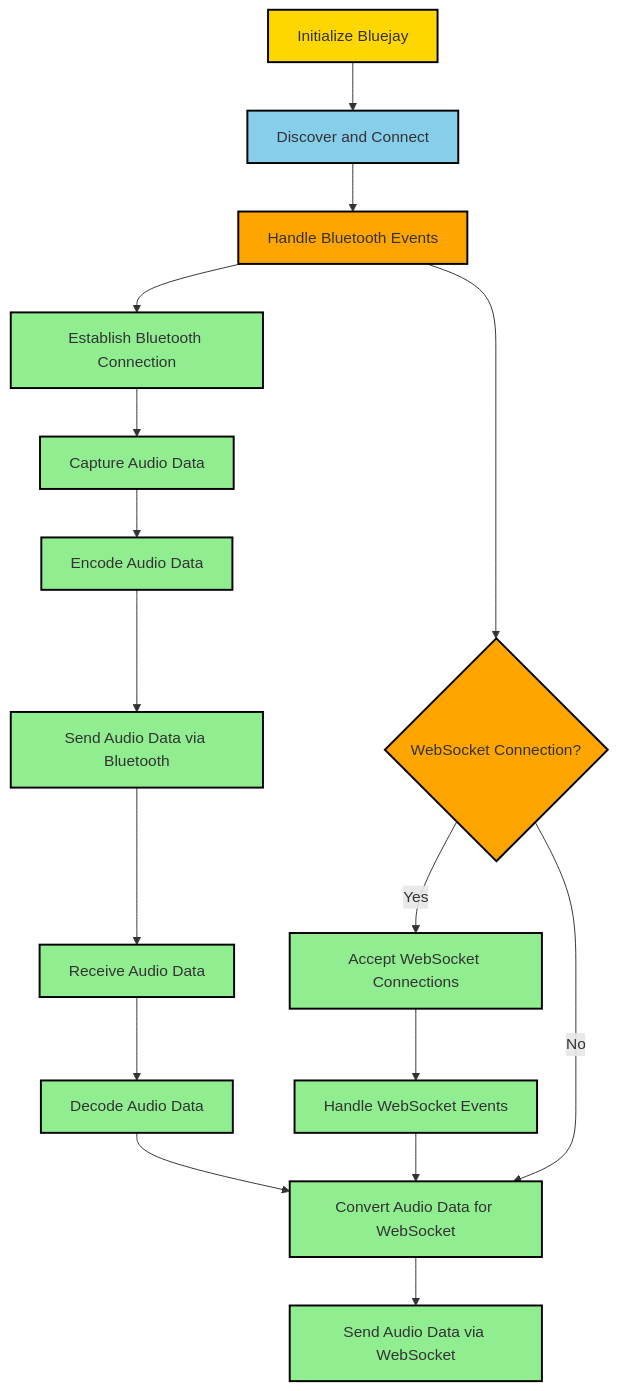
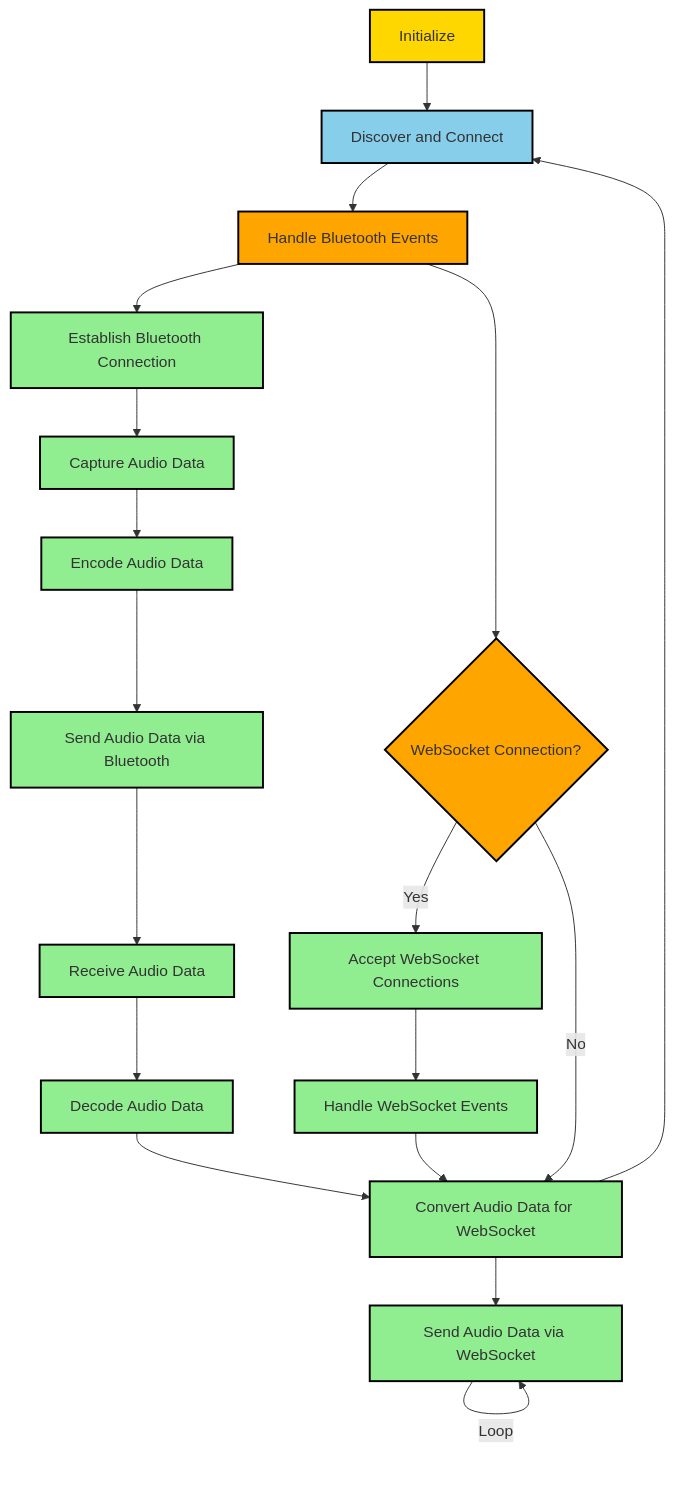
The second of 2 diagrams in README.md (LuigiClemente/iPhoneStreamingToUiApp), drawn with Mermaid before and after one commit. The commit also changed other lines of this file, not shown here.

````diff
--- a/README.md
+++ b/README.md
@@ -50,32 +17,34 @@
 ```mermaid
 graph TD
-    A[Initialize Bluejay] --> B[Discover and Connect]
+    A[Initialize] --> B[Discover and Connect]
     B --> C[Handle Bluetooth Events]
     C --> D[Establish Bluetooth Connection]
     D --> E[Capture Audio Data]
     E --> F[Encode Audio Data]
     F --> G[Send Audio Data via Bluetooth]
     G --> H[Receive Audio Data]
     H --> I[Decode Audio Data]
     I --> J[Convert Audio Data for WebSocket]
     J --> K[Send Audio Data via WebSocket]
     C --> L{WebSocket Connection?}
     L -->|Yes| M[Accept WebSocket Connections]
     M --> N[Handle WebSocket Events]
     N --> J
     L -->|No| J
+    J --> B
+    K -->|Loop| K
     style A fill:#FFD700, stroke:#000, stroke-width:2px
     style B fill:#87CEEB, stroke:#000, stroke-width:2px
     style C fill:#FFA500, stroke:#000, stroke-width:2px
     style D fill:#90EE90, stroke:#000, stroke-width:2px
     style E fill:#90EE90, stroke:#000, stroke-width:2px
     style F fill:#90EE90, stroke:#000, stroke-width:2px
     style G fill:#90EE90, stroke:#000, stroke-width:2px
     style H fill:#90EE90, stroke:#000, stroke-width:2px
     style I fill:#90EE90, stroke:#000, stroke-width:2px
     style J fill:#90EE90, stroke:#000, stroke-width:2px
     style K fill:#90EE90, stroke:#000, stroke-width:2px
     style L fill:#FFA500, stroke:#000, stroke-width:2px
     style M fill:#90EE90, stroke:#000, stroke-width:2px
     style N fill:#90EE90, stroke:#000, stroke-width:2px
 ```
````
